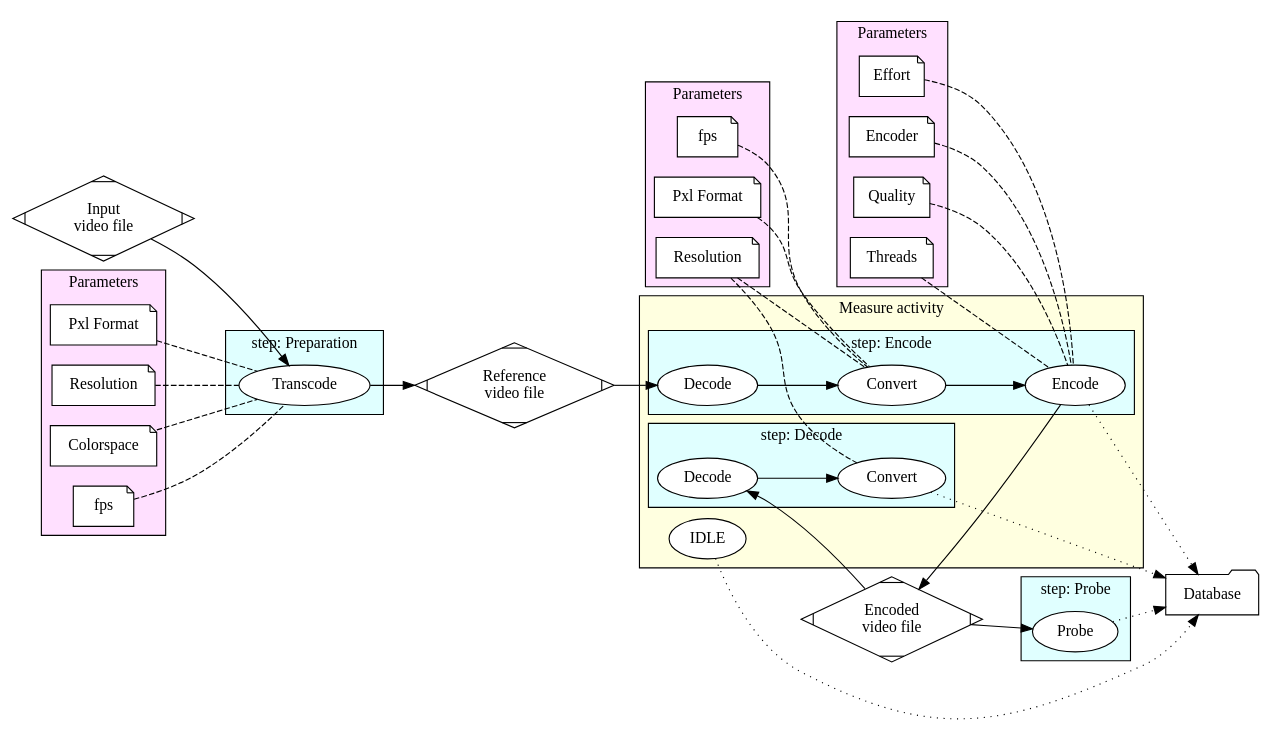
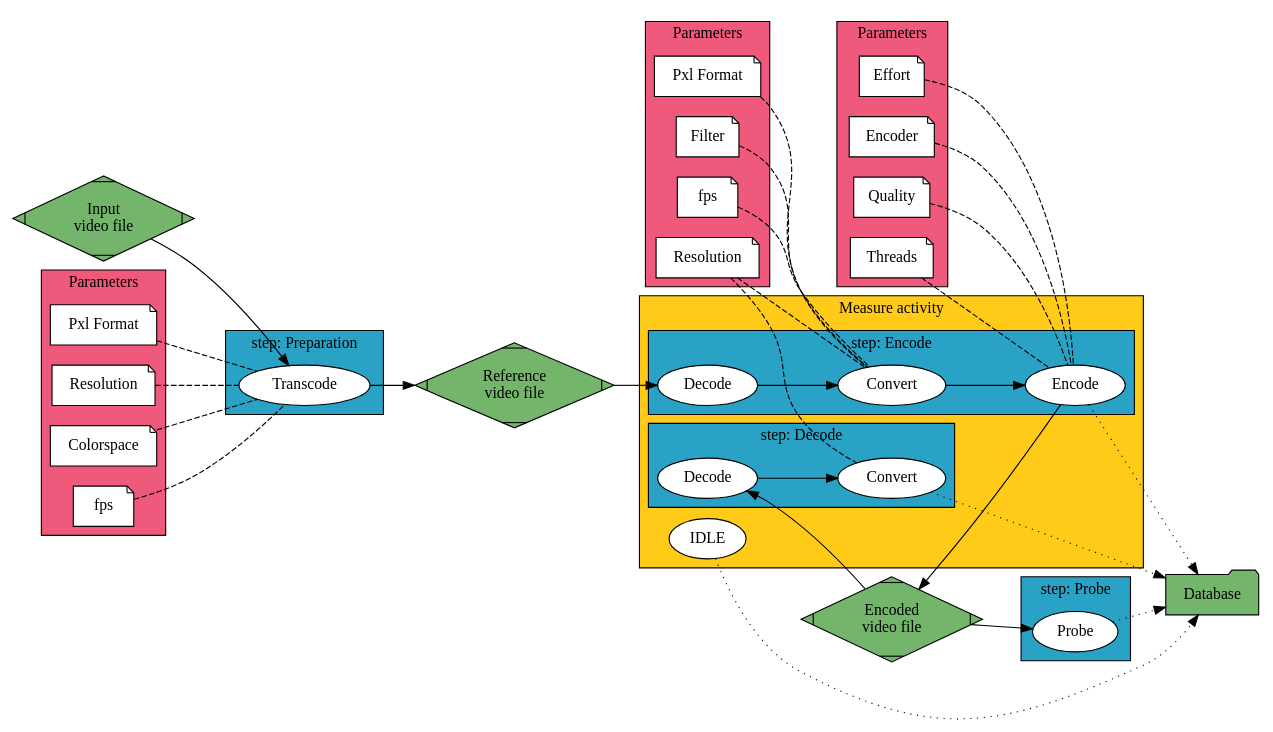
Before and after one commit to robinechuca/mendevi: the diagram in docs/media/pipeline.dot, drawn with Graphviz. The commit also changed 11 other files, not shown here.

```diff
--- a/docs/media/pipeline.dot
+++ b/docs/media/pipeline.dot
@@ -1,110 +1,112 @@
 # dot -Tsvg pipeline.dot > pipeline.svg
 digraph pipeline {
     rankdir=LR
 
     # data
-    src [label="Input\nvideo file", shape=Mdiamond, style=filled, fillcolor=white]
-    ref [label="Reference\nvideo file", shape=Mdiamond, style=filled, fillcolor=white]
-    dst [label="Encoded\nvideo file", shape=Mdiamond, style=filled, fillcolor=white]
+    src [label="Input\nvideo file", shape=Mdiamond, style=filled, fillcolor="#73b66b"]
+    ref [label="Reference\nvideo file", shape=Mdiamond, style=filled, fillcolor="#73b66b"]
+    dst [label="Encoded\nvideo file", shape=Mdiamond, style=filled, fillcolor="#73b66b"]
 
     # parameters
     p_colorspace [label="Colorspace", shape=note, style=filled, fillcolor=white]
     p_fps [label="fps", shape=note, style=filled, fillcolor=white]
     p_pxl [label="Pxl Format", shape=note, style=filled, fillcolor=white]
     p_resol [label="Resolution", shape=note, style=filled, fillcolor=white]
 
     c_fps [label="fps", shape=note, style=filled, fillcolor=white]
     c_pxl [label="Pxl Format", shape=note, style=filled, fillcolor=white]
     c_resol [label="Resolution", shape=note, style=filled, fillcolor=white]
+    c_filter [label="Filter", shape=note, style=filled, fillcolor=white]
 
     effort [label="Effort", shape=note, style=filled, fillcolor=white]
     encoder [label="Encoder", shape=note, style=filled, fillcolor=white]
     quality [label="Quality", shape=note, style=filled, fillcolor=white]
     threads [label="Threads", shape=note, style=filled, fillcolor=white]
 
-    database [label="Database", shape=folder, style=filled, fillcolor=white]
+    database [label="Database", shape=folder, style=filled, fillcolor="#73b66b"]
 
     # process
     prepare [label="Transcode", style=filled, fillcolor=white]
     t_dec [label="Decode", style=filled, fillcolor=white]
     t_convert [label="Convert", style=filled, fillcolor=white]
     t_encode [label="Encode", style=filled, fillcolor=white]
     decode [label="Decode", style=filled, fillcolor=white]
     convert [label="Convert", style=filled, fillcolor=white]
     probe [label="Probe", style=filled, fillcolor=white]
     idle [label="IDLE", style=filled, fillcolor=white]
 
     # blocs
     subgraph clus_prepare {
         cluster=true
         label="step: Preparation"
-        bgcolor="#e0ffff"
+        bgcolor="#29a2c6"
         prepare
     }
     subgraph clus_energy {
         cluster=true
         label="Measure activity"
-        bgcolor="#ffffe0"
+        bgcolor="#ffcb18"
         subgraph clus_encode {
             cluster=true
             label="step: Encode"
-            bgcolor="#e0ffff"
+            bgcolor="#29a2c6"
             t_dec
             t_convert
             t_encode
         }
         subgraph clus_decode {
             cluster=true
             label="step: Decode"
-            bgcolor="#e0ffff"
+            bgcolor="#29a2c6"
             decode
             convert
         }
         idle
     }
     subgraph clus_probe {
         cluster=true
         label="step: Probe"
-        bgcolor="#e0ffff"
+        bgcolor="#29a2c6"
         probe
     }
 
     # parameters blocs
     subgraph clus_param_prepare {
         cluster=true
         label="Parameters"
-        bgcolor="#ffe0ff"
+        bgcolor="#ef597b"
         p_colorspace
         p_fps
         p_pxl
         p_resol
     }
     subgraph clus_param_convert {
         cluster=true
         label="Parameters"
-        bgcolor="#ffe0ff"
+        bgcolor="#ef597b"
         c_fps
         c_pxl
         c_resol
+        c_filter
     }
     subgraph clus_param_encode {
         cluster=true
         label="Parameters"
-        bgcolor="#ffe0ff"
+        bgcolor="#ef597b"
         effort
         encoder
         quality
         threads
     }
 
     # pipeline
     src -> prepare -> ref -> t_dec -> t_convert -> t_encode -> dst -> {decode, probe}
     decode -> convert
     {idle, t_encode, convert, probe} -> database [style=dotted] # minlen=2
 
     # arguments
     {p_colorspace, p_fps, p_pxl, p_resol} -> prepare [arrowhead=none, style=dashed]
-    {c_fps, c_pxl, c_resol} -> t_convert [arrowhead=none, style=dashed]
+    {c_fps, c_pxl, c_resol, c_filter} -> t_convert [arrowhead=none, style=dashed]
     {effort, encoder, quality, threads} -> t_encode [arrowhead=none, style=dashed]
     {c_resol} -> convert [arrowhead=none, style=dashed]
 }
```
